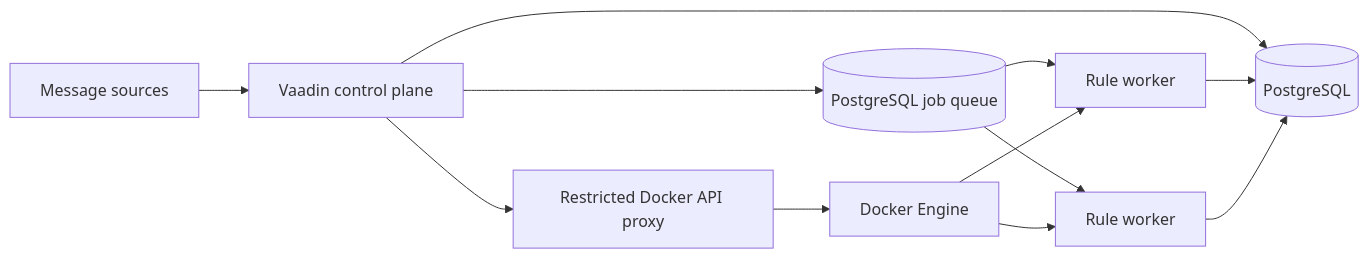
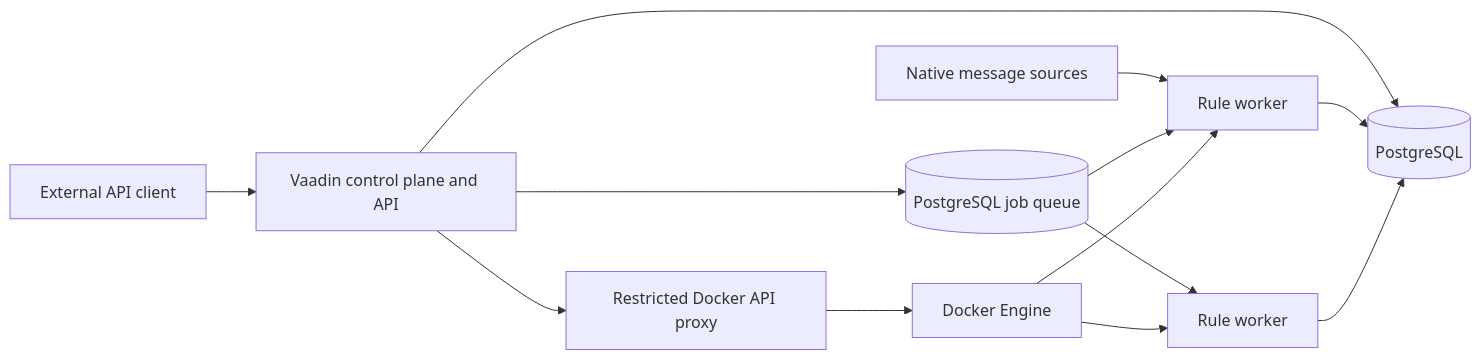
One commit to sysadminanywhere/m3 changed the diagram in docs/architecture.md. Above: the diagram before and after it, drawn with Mermaid. The commit also changed other lines of this file and 29 other files, not shown here.

````diff
--- a/docs/architecture.md
+++ b/docs/architecture.md
@@ -7,14 +7,15 @@
 ```mermaid
 flowchart LR
-    Sources[Message sources] --> UI[Vaadin control plane]
+    Sources[Native message sources] --> W1[Rule worker]
+    Client[External API client] --> UI[Vaadin control plane and API]
     UI --> DB[(PostgreSQL)]
     UI --> Queue[(PostgreSQL job queue)]
-    Queue --> W1[Rule worker]
+    Queue --> W1
     Queue --> W2[Rule worker]
     W1 --> DB
     W2 --> DB
     UI --> Proxy[Restricted Docker API proxy]
     Proxy --> Engine[Docker Engine]
     Engine --> W1
     Engine --> W2
 ```
````
